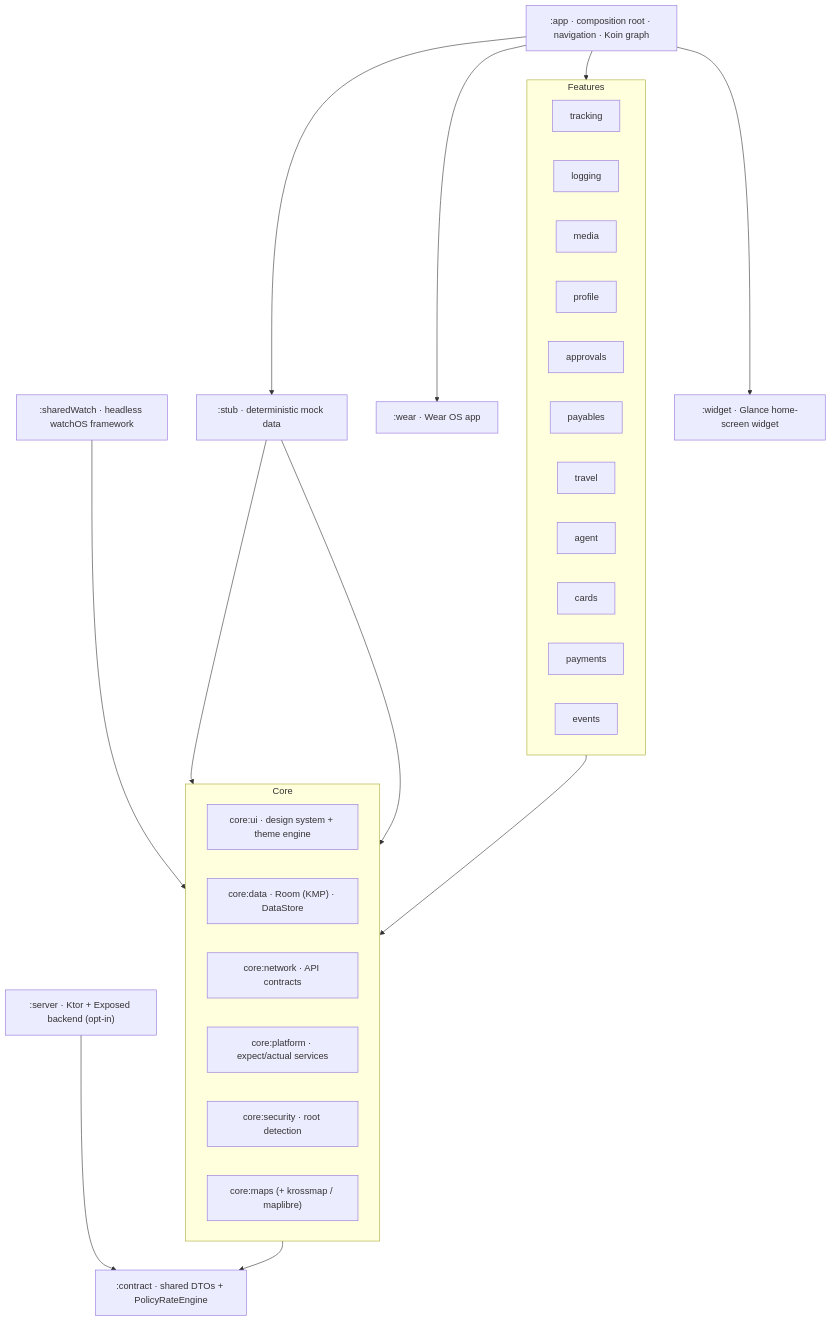
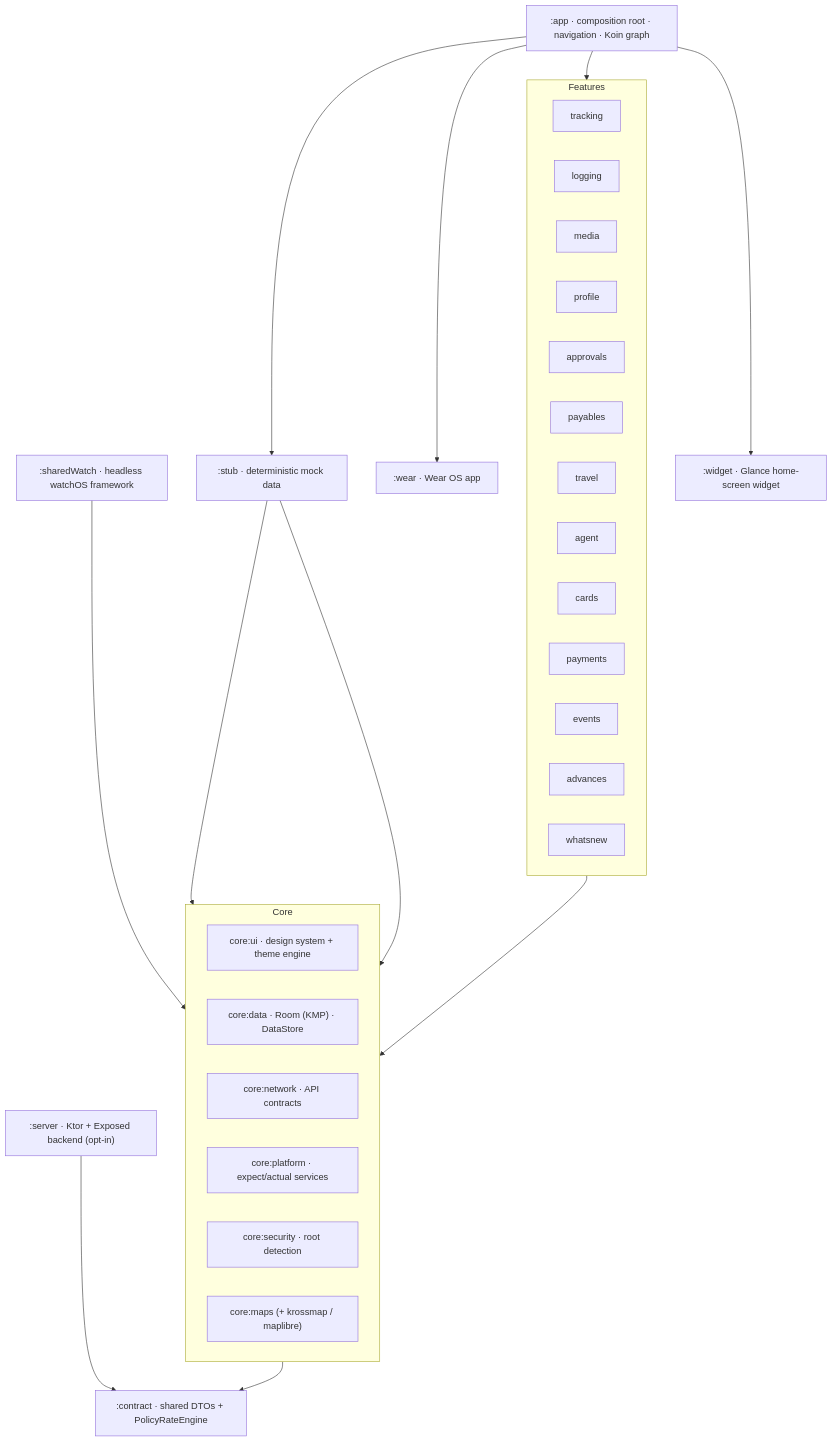
Before and after one commit to darkpandawarrior/Doori: the diagram in README.md, drawn with Mermaid. The commit also changed other lines of this file and 6 other files, not shown here.

````diff
--- a/README.md
+++ b/README.md
@@ -256,39 +268,40 @@
 ```mermaid
 graph TD
     APP[":app · composition root · navigation · Koin graph"]
 
     subgraph Features
       direction LR
       FT["tracking"]; FL["logging"]; FM["media"]; FP["profile"]
       FA["approvals"]; FPA["payables"]; FTR["travel"]; FAG["agent"]
-      FC["cards"]; FPM["payments"]; FE["events"]
+      FC["cards"]; FPM["payments"]; FE["events"]; FAD["advances"]
+      FWN["whatsnew"]
     end
 
     subgraph Core
       direction LR
       UI["core:ui · design system + theme engine"]
       DATA["core:data · Room (KMP) · DataStore"]
       NET["core:network · API contracts"]
       PLAT["core:platform · expect/actual services"]
       SEC["core:security · root detection"]
       MAPS["core:maps (+ krossmap / maplibre)"]
     end
 
     STUB[":stub · deterministic mock data"]
     WEAR[":wear · Wear OS app"]
     SWATCH[":sharedWatch · headless watchOS framework"]
     WIDGET[":widget · Glance home-screen widget"]
     CONTRACT[":contract · shared DTOs + PolicyRateEngine"]
     SERVER[":server · Ktor + Exposed backend (opt-in)"]
 
     APP --> Features
     APP --> STUB
     APP --> WEAR
     APP --> WIDGET
     SWATCH --> DATA
     Features --> Core
     STUB --> DATA
     STUB --> NET
     NET --> CONTRACT
     SERVER --> CONTRACT
 ```
````
